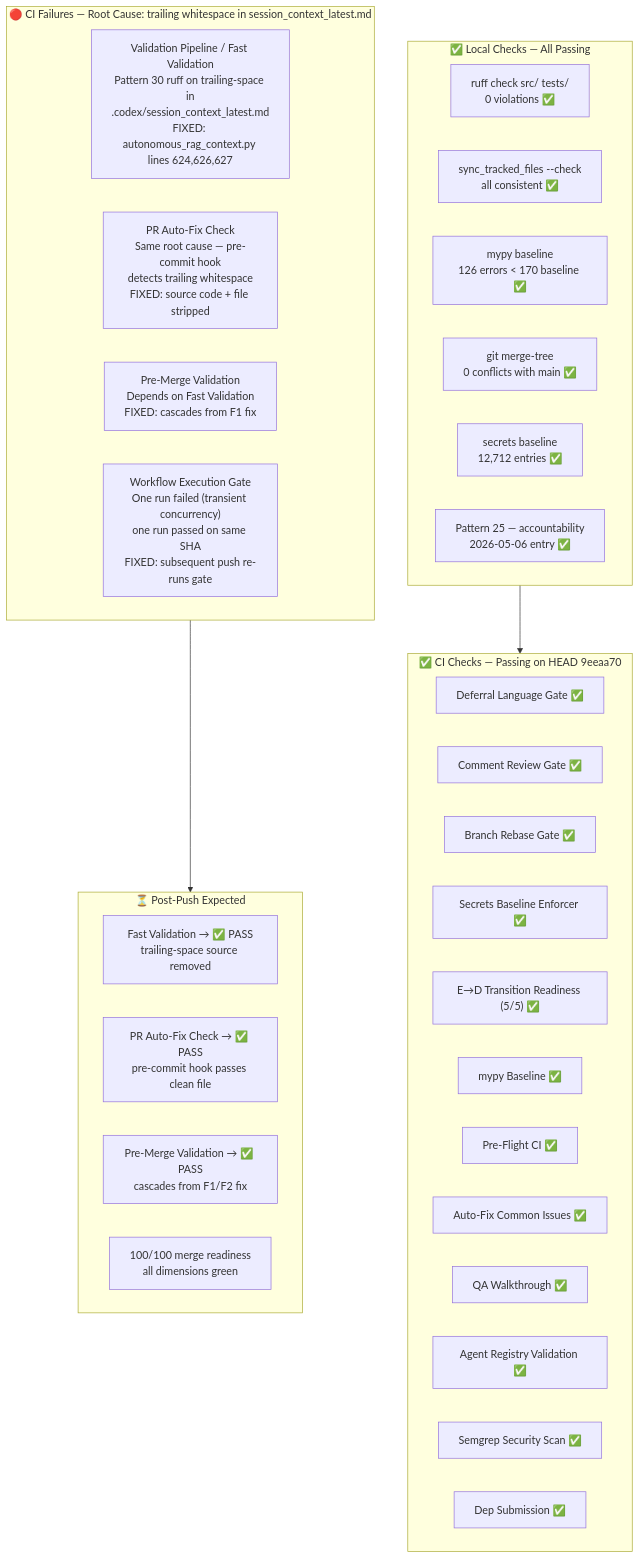
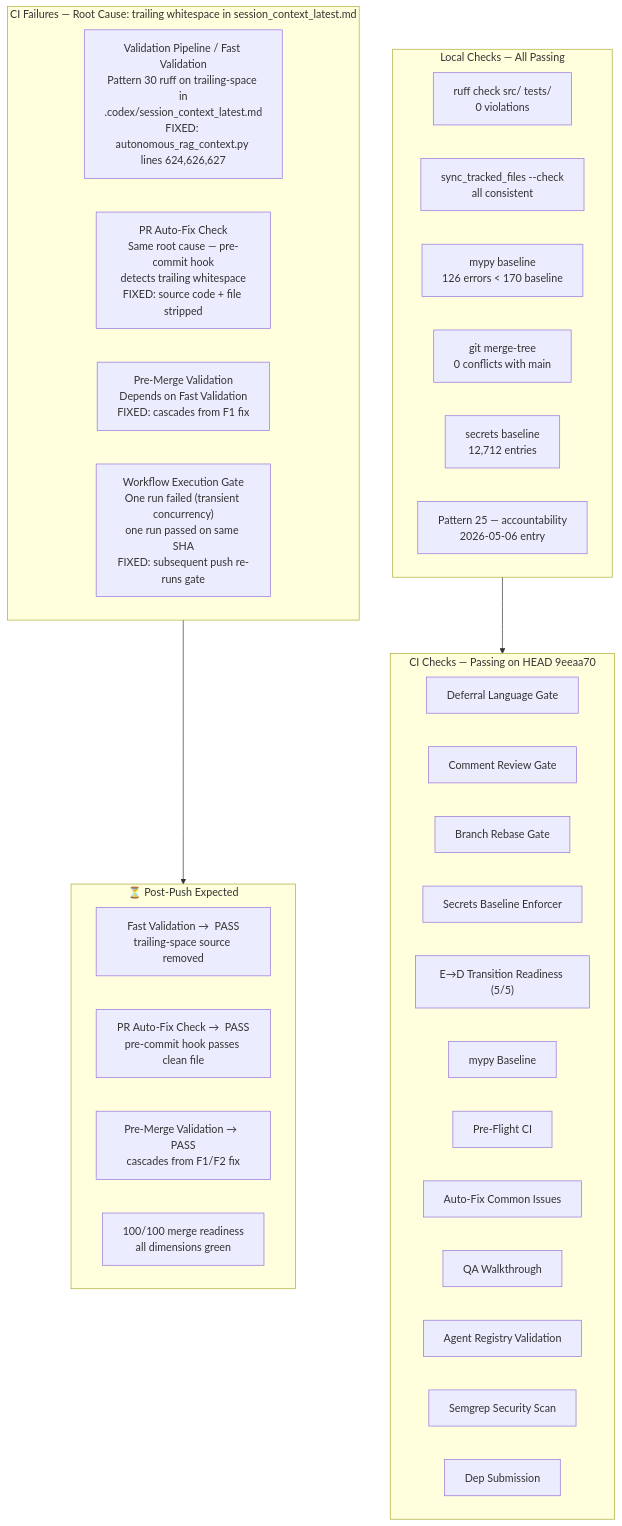
Before and after one commit to Aries-Serpent/_codex_: the first of 16 diagrams in docs/roadmap/PR4317_whats_next.md, drawn with Mermaid. The commit also changed other lines of this file and 2029 other files, not shown here.

````diff
--- a/docs/roadmap/PR4317_whats_next.md
+++ b/docs/roadmap/PR4317_whats_next.md
@@ -13,44 +15,44 @@
 ```mermaid
-%%{init: {'accessibility': {'title': 'Flowchart showing "✅ Local Checks — All Passing", "ruff check src/ tests/\n0 violations ✅"'}}%%
+%%{init: {'accessibility': {'title': 'Flowchart showing " Local Checks — All Passing", "ruff check src/ tests/\n0 violations "'}}%%
 flowchart TD
-    subgraph LOCAL["✅ Local Checks — All Passing"]
-        R["ruff check src/ tests/\n0 violations ✅"]
-        S["sync_tracked_files --check\nall consistent ✅"]
-        M["mypy baseline\n126 errors < 170 baseline ✅"]
-        MC["git merge-tree\n0 conflicts with main ✅"]
-        SEC["secrets baseline\n12,712 entries ✅"]
-        P25["Pattern 25 — accountability\n2026-05-06 entry ✅"]
+    subgraph LOCAL[" Local Checks — All Passing"]
+        R["ruff check src/ tests/\n0 violations "]
+        S["sync_tracked_files --check\nall consistent "]
+        M["mypy baseline\n126 errors < 170 baseline "]
+        MC["git merge-tree\n0 conflicts with main "]
+        SEC["secrets baseline\n12,712 entries "]
+        P25["Pattern 25 — accountability\n2026-05-06 entry "]
     end
 
-    subgraph CI_PASS["✅ CI Checks — Passing on HEAD 9eeaa70"]
-        C1["Deferral Language Gate ✅"]
-        C2["Comment Review Gate ✅"]
-        C3["Branch Rebase Gate ✅"]
-        C4["Secrets Baseline Enforcer ✅"]
-        C5["E→D Transition Readiness (5/5) ✅"]
-        C6["mypy Baseline ✅"]
-        C7["Pre-Flight CI ✅"]
-        C8["Auto-Fix Common Issues ✅"]
-        C9["QA Walkthrough ✅"]
-        C10["Agent Registry Validation ✅"]
-        C11["Semgrep Security Scan ✅"]
-        C12["Dep Submission ✅"]
+    subgraph CI_PASS[" CI Checks — Passing on HEAD 9eeaa70"]
+        C1["Deferral Language Gate "]
+        C2["Comment Review Gate "]
+        C3["Branch Rebase Gate "]
+        C4["Secrets Baseline Enforcer "]
+        C5["E→D Transition Readiness (5/5) "]
+        C6["mypy Baseline "]
+        C7["Pre-Flight CI "]
+        C8["Auto-Fix Common Issues "]
+        C9["QA Walkthrough "]
+        C10["Agent Registry Validation "]
+        C11["Semgrep Security Scan "]
+        C12["Dep Submission "]
     end
 
-    subgraph CI_FAIL["🔴 CI Failures — Root Cause: trailing whitespace in session_context_latest.md"]
+    subgraph CI_FAIL[" CI Failures — Root Cause: trailing whitespace in session_context_latest.md"]
         F1["Validation Pipeline / Fast Validation\nPattern 30 ruff on trailing-space in\n.codex/session_context_latest.md\nFIXED: autonomous_rag_context.py lines 624,626,627"]
         F2["PR Auto-Fix Check\nSame root cause — pre-commit hook\ndetects trailing whitespace\nFIXED: source code + file stripped"]
         F3["Pre-Merge Validation\nDepends on Fast Validation\nFIXED: cascades from F1 fix"]
         F4["Workflow Execution Gate\nOne run failed (transient concurrency)\none run passed on same SHA\nFIXED: subsequent push re-runs gate"]
     end
 
     subgraph PENDING["⏳ Post-Push Expected"]
-        P1["Fast Validation → ✅ PASS\ntrailing-space source removed"]
-        P2["PR Auto-Fix Check → ✅ PASS\npre-commit hook passes clean file"]
-        P3["Pre-Merge Validation → ✅ PASS\ncascades from F1/F2 fix"]
+        P1["Fast Validation →  PASS\ntrailing-space source removed"]
+        P2["PR Auto-Fix Check →  PASS\npre-commit hook passes clean file"]
+        P3["Pre-Merge Validation →  PASS\ncascades from F1/F2 fix"]
         P4["100/100 merge readiness\nall dimensions green"]
     end
 
     LOCAL --> CI_PASS
     CI_FAIL --> PENDING
 ```
````
